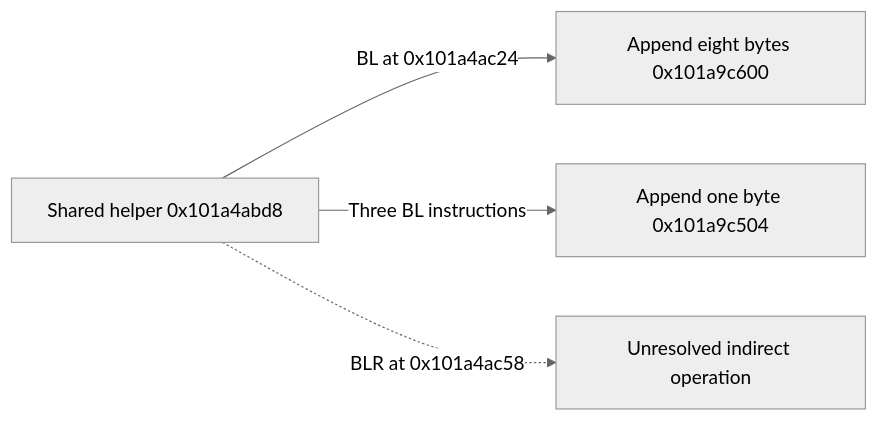
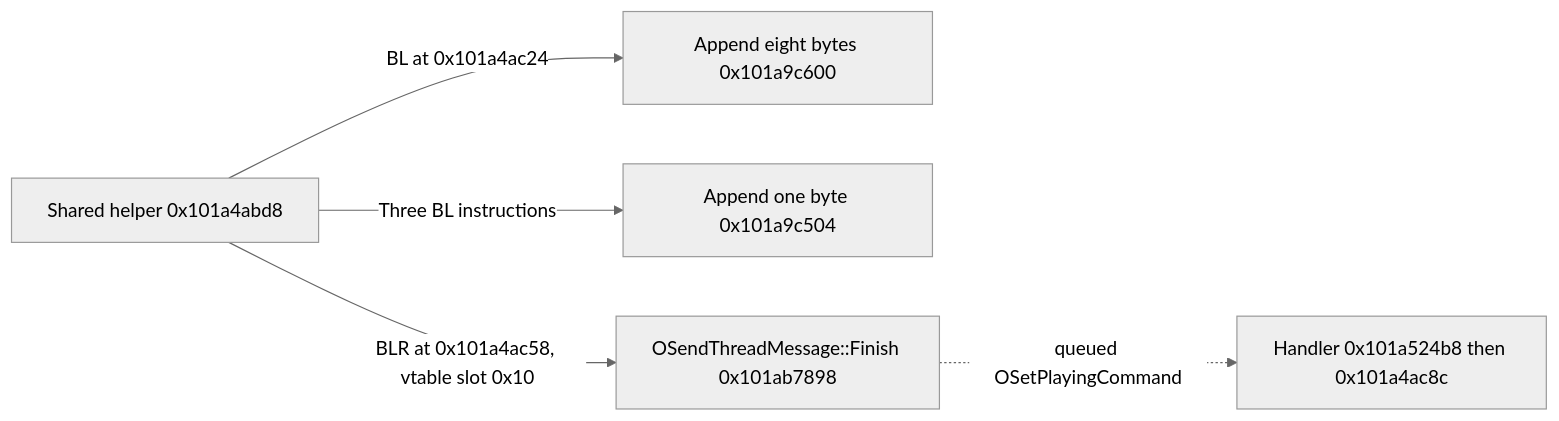
Before and after one commit to hoidn/sound: the eighth of 8 diagrams in wiki/research/program-structure.md, drawn with Mermaid (neutral theme). The commit also changed other lines of this file and 48 other files, not shown here.

````diff
--- a/wiki/research/program-structure.md
+++ b/wiki/research/program-structure.md
@@ -233,6 +233,7 @@
 ```mermaid
 flowchart LR
     A[Shared helper 0x101a4abd8] -->|BL at 0x101a4ac24| B[Append eight bytes 0x101a9c600]
     A -->|Three BL instructions| C[Append one byte 0x101a9c504]
-    A -.->|BLR at 0x101a4ac58| D[Unresolved indirect operation]
+    A -->|BLR at 0x101a4ac58, vtable slot 0x10| D[OSendThreadMessage::Finish 0x101ab7898]
+    D -.->|queued OSetPlayingCommand| E[Handler 0x101a524b8 then 0x101a4ac8c]
 ```
````
